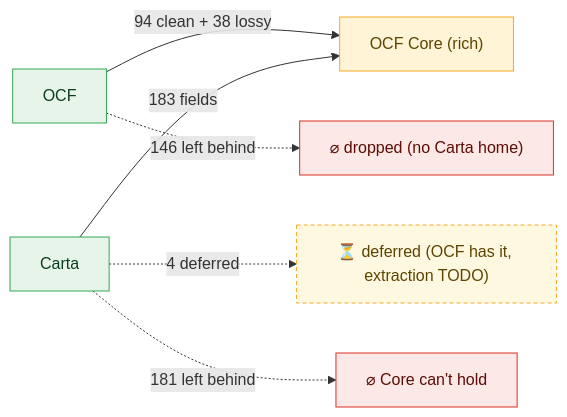
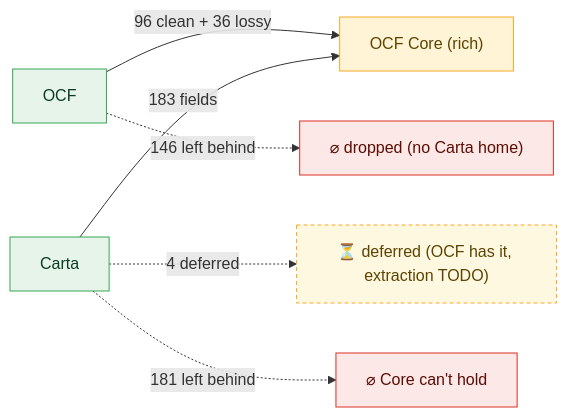
Before and after one commit to Open-Cap-Table-Coalition/OCF-Composed-Schemas: the first of 47 diagrams in docs/core-bidirectional-flow.md, drawn with Mermaid. The commit also changed other lines of this file and 9 other files, not shown here.

````diff
--- a/docs/core-bidirectional-flow.md
+++ b/docs/core-bidirectional-flow.md
@@ -11,13 +11,13 @@
 ```mermaid
 flowchart LR
   classDef core fill:#fff4d6,stroke:#f9a825,color:#5c4400;
   classDef in fill:#e6f4ea,stroke:#34a853,color:#0b3d20;
   classDef out fill:#fce8e6,stroke:#d93025,color:#5c0d06;
   classDef defer fill:#fff8e1,stroke:#f9a825,color:#5c4400,stroke-dasharray:4 3;
-  OCF["OCF"]:::in -->|"94 clean + 38 lossy"| CORE
+  OCF["OCF"]:::in -->|"96 clean + 36 lossy"| CORE
   OCF -.->|"146 left behind"| ocfvoid["⌀ dropped (no Carta home)"]:::out
   CORE["OCF Core (rich)"]:::core
   Carta["Carta"]:::in -->|"183 fields"| CORE
   Carta -.->|"4 deferred"| deferbox["⏳ deferred (OCF has it, extraction TODO)"]:::defer
   Carta -.->|"181 left behind"| cartavoid["⌀ Core can't hold"]:::out
 ```
````
